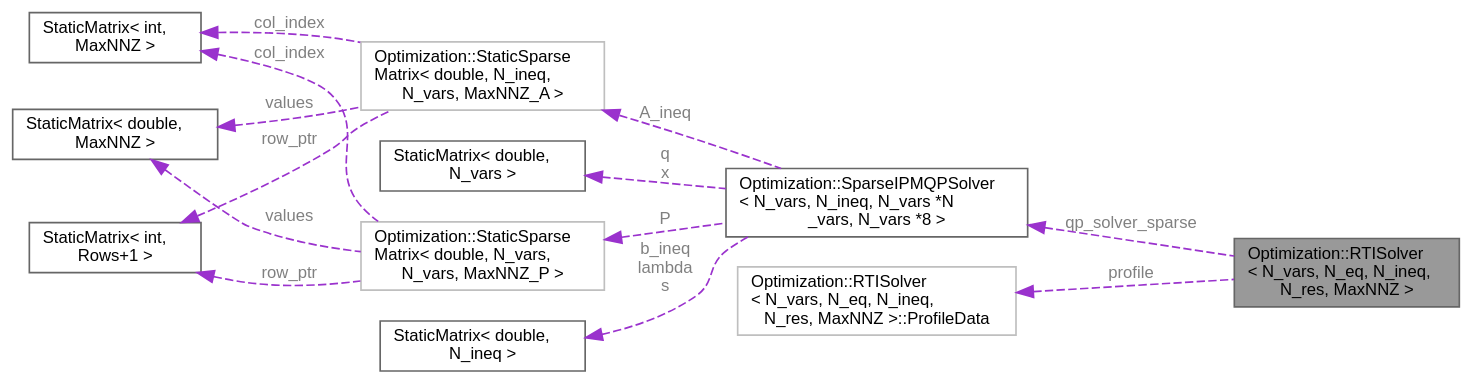
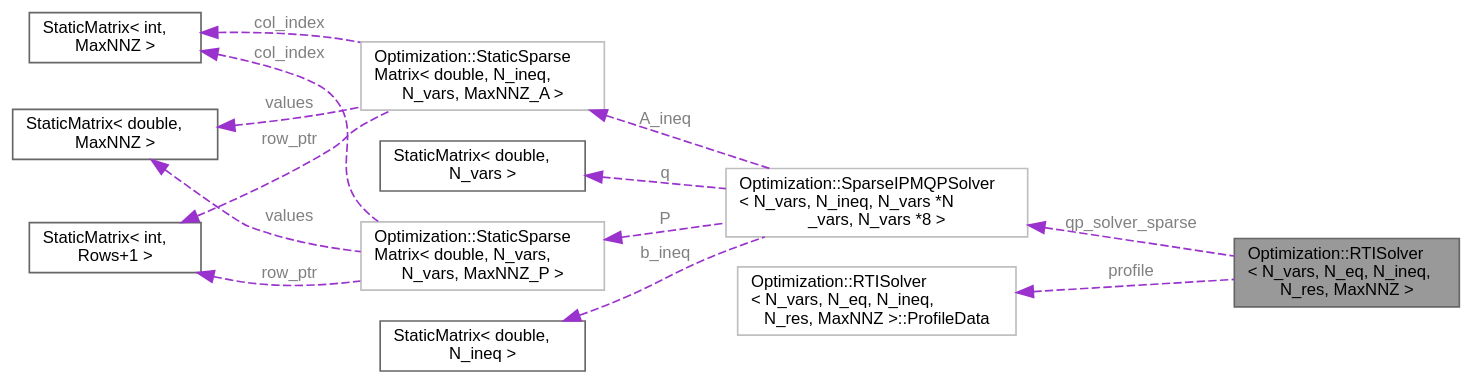
One commit to jswoo0615/Algorithms_for_Optimization_cpp changed the diagram in classOptimization_1_1RTISolver__coll__graph.dot. Above: the diagram before and after it, drawn with Graphviz. The commit also changed 49 other files, not shown here.

```diff
--- a/classOptimization_1_1RTISolver__coll__graph.dot
+++ b/classOptimization_1_1RTISolver__coll__graph.dot
@@ -1,30 +1,30 @@
 digraph "Optimization::RTISolver&lt; N_vars, N_eq, N_ineq, N_res, MaxNNZ &gt;"
 {
  // LATEX_PDF_SIZE
   bgcolor="transparent";
   edge [fontname=Helvetica,fontsize=10,labelfontname=Helvetica,labelfontsize=10];
   node [fontname=Helvetica,fontsize=10,shape=box,height=0.2,width=0.4];
   rankdir="LR";
   Node1 [id="Node000001",label="Optimization::RTISolver\l\< N_vars, N_eq, N_ineq,\l N_res, MaxNNZ \>",height=0.2,width=0.4,color="gray40", fillcolor="grey60", style="filled", fontcolor="black",tooltip=" "];
   Node2 -> Node1 [id="edge1_Node000001_Node000002",dir="back",color="darkorchid3",style="dashed",tooltip=" ",label=" qp_solver_sparse",fontcolor="grey" ];
-  Node2 [id="Node000002",label="Optimization::SparseIPMQPSolver\l\< N_vars, N_ineq, N_vars *N\l_vars, N_vars *8 \>",height=0.2,width=0.4,color="gray40", fillcolor="white", style="filled",URL="$classOptimization_1_1SparseIPMQPSolver.html",tooltip=" "];
+  Node2 [id="Node000002",label="Optimization::SparseIPMQPSolver\l\< N_vars, N_ineq, N_vars *N\l_vars, N_vars *8 \>",height=0.2,width=0.4,color="grey75", fillcolor="white", style="filled",URL="$classOptimization_1_1SparseIPMQPSolver.html",tooltip=" "];
   Node3 -> Node2 [id="edge2_Node000002_Node000003",dir="back",color="darkorchid3",style="dashed",tooltip=" ",label=" P",fontcolor="grey" ];
   Node3 [id="Node000003",label="Optimization::StaticSparse\lMatrix\< double, N_vars,\l N_vars, MaxNNZ_P \>",height=0.2,width=0.4,color="grey75", fillcolor="white", style="filled",URL="$classOptimization_1_1StaticSparseMatrix.html",tooltip=" "];
   Node4 -> Node3 [id="edge3_Node000003_Node000004",dir="back",color="darkorchid3",style="dashed",tooltip=" ",label=" values",fontcolor="grey" ];
   Node4 [id="Node000004",label="StaticMatrix\< double,\l MaxNNZ \>",height=0.2,width=0.4,color="gray40", fillcolor="white", style="filled",URL="$classStaticMatrix.html",tooltip=" "];
   Node5 -> Node3 [id="edge4_Node000003_Node000005",dir="back",color="darkorchid3",style="dashed",tooltip=" ",label=" col_index",fontcolor="grey" ];
   Node5 [id="Node000005",label="StaticMatrix\< int,\l MaxNNZ \>",height=0.2,width=0.4,color="gray40", fillcolor="white", style="filled",URL="$classStaticMatrix.html",tooltip=" "];
   Node6 -> Node3 [id="edge5_Node000003_Node000006",dir="back",color="darkorchid3",style="dashed",tooltip=" ",label=" row_ptr",fontcolor="grey" ];
   Node6 [id="Node000006",label="StaticMatrix\< int,\l Rows+1 \>",height=0.2,width=0.4,color="gray40", fillcolor="white", style="filled",URL="$classStaticMatrix.html",tooltip=" "];
-  Node7 -> Node2 [id="edge6_Node000002_Node000007",dir="back",color="darkorchid3",style="dashed",tooltip=" ",label=" q\nx",fontcolor="grey" ];
+  Node7 -> Node2 [id="edge6_Node000002_Node000007",dir="back",color="darkorchid3",style="dashed",tooltip=" ",label=" q",fontcolor="grey" ];
   Node7 [id="Node000007",label="StaticMatrix\< double,\l N_vars \>",height=0.2,width=0.4,color="gray40", fillcolor="white", style="filled",URL="$classStaticMatrix.html",tooltip=" "];
   Node8 -> Node2 [id="edge7_Node000002_Node000008",dir="back",color="darkorchid3",style="dashed",tooltip=" ",label=" A_ineq",fontcolor="grey" ];
   Node8 [id="Node000008",label="Optimization::StaticSparse\lMatrix\< double, N_ineq,\l N_vars, MaxNNZ_A \>",height=0.2,width=0.4,color="grey75", fillcolor="white", style="filled",URL="$classOptimization_1_1StaticSparseMatrix.html",tooltip=" "];
   Node4 -> Node8 [id="edge8_Node000008_Node000004",dir="back",color="darkorchid3",style="dashed",tooltip=" ",label=" values",fontcolor="grey" ];
   Node5 -> Node8 [id="edge9_Node000008_Node000005",dir="back",color="darkorchid3",style="dashed",tooltip=" ",label=" col_index",fontcolor="grey" ];
   Node6 -> Node8 [id="edge10_Node000008_Node000006",dir="back",color="darkorchid3",style="dashed",tooltip=" ",label=" row_ptr",fontcolor="grey" ];
-  Node9 -> Node2 [id="edge11_Node000002_Node000009",dir="back",color="darkorchid3",style="dashed",tooltip=" ",label=" b_ineq\nlambda\ns",fontcolor="grey" ];
+  Node9 -> Node2 [id="edge11_Node000002_Node000009",dir="back",color="darkorchid3",style="dashed",tooltip=" ",label=" b_ineq",fontcolor="grey" ];
   Node9 [id="Node000009",label="StaticMatrix\< double,\l N_ineq \>",height=0.2,width=0.4,color="gray40", fillcolor="white", style="filled",URL="$classStaticMatrix.html",tooltip=" "];
   Node10 -> Node1 [id="edge12_Node000001_Node000010",dir="back",color="darkorchid3",style="dashed",tooltip=" ",label=" profile",fontcolor="grey" ];
   Node10 [id="Node000010",label="Optimization::RTISolver\l\< N_vars, N_eq, N_ineq,\l N_res, MaxNNZ \>::ProfileData",height=0.2,width=0.4,color="grey75", fillcolor="white", style="filled",URL="$structOptimization_1_1RTISolver_1_1ProfileData.html",tooltip=" "];
 }
```
